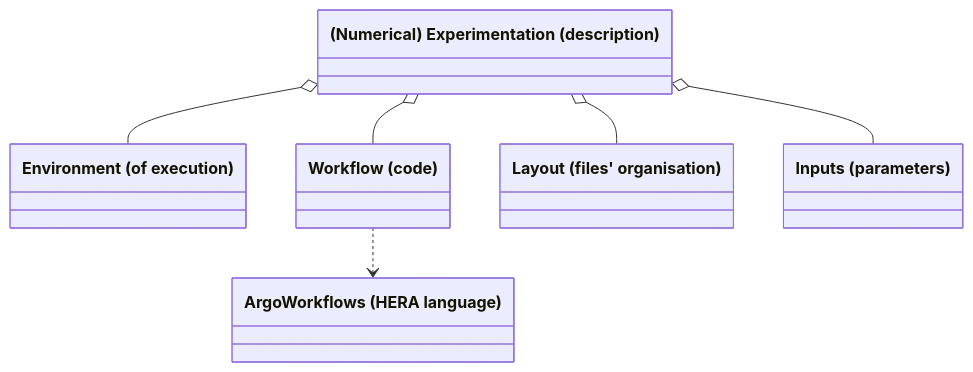
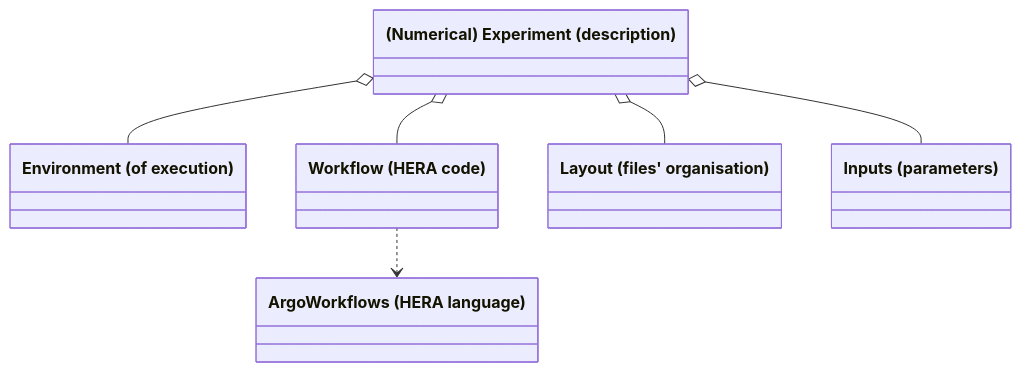
One commit to VCityTeam/hera_utils changed the first of 2 diagrams in README.md. Above: the diagram before and after it, drawn with Mermaid. The commit also changed other lines of this file, not shown here.

````diff
--- a/README.md
+++ b/README.md
@@ -10,14 +10,14 @@
 ```mermaid
 classDiagram
-class Experimentation["(Numerical) Experimentation (description)"]
+class Experimentation["(Numerical) Experiment (description)"]
 class Environment["Environment (of execution)"]
-class Workflow["Workflow (code)"]
+class Workflow["Workflow (HERA code)"]
 class WorkflowLanguage["ArgoWorkflows (HERA language)"]
 class Layout["Layout (files' organisation)"]
 class Inputs["Inputs (parameters)"]
 Experimentation o-- Workflow
 Workflow ..> WorkflowLanguage
 Experimentation o-- Layout
 Experimentation o-- Inputs
 Experimentation o-- Environment
 ```
````
